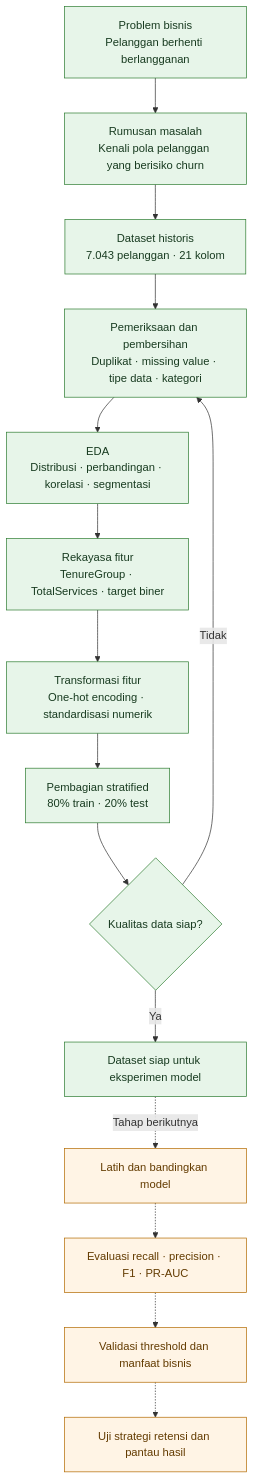
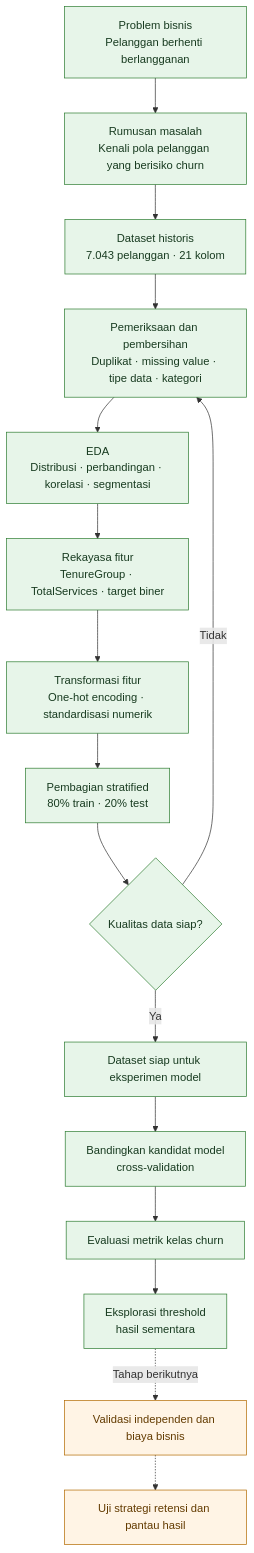
One commit to carlos1739/analisis_telco changed the first of 3 diagrams in README.md. Above: the diagram before and after it, drawn with Mermaid. The commit also changed other lines of this file, not shown here.

````diff
--- a/README.md
+++ b/README.md
@@ -133,21 +129,22 @@
 ```mermaid
 flowchart TD
     A["Problem bisnis<br/>Pelanggan berhenti berlangganan"] --> B["Rumusan masalah<br/>Kenali pola pelanggan yang berisiko churn"]
     B --> C["Dataset historis<br/>7.043 pelanggan · 21 kolom"]
     C --> D["Pemeriksaan dan pembersihan<br/>Duplikat · missing value · tipe data · kategori"]
     D --> E["EDA<br/>Distribusi · perbandingan · korelasi · segmentasi"]
     E --> F["Rekayasa fitur<br/>TenureGroup · TotalServices · target biner"]
     F --> G["Transformasi fitur<br/>One-hot encoding · standardisasi numerik"]
     G --> H["Pembagian stratified<br/>80% train · 20% test"]
     H --> I{"Kualitas data siap?"}
     I -->|"Tidak"| D
     I -->|"Ya"| J["Dataset siap untuk eksperimen model"]
-    J -. "Tahap berikutnya" .-> K["Latih dan bandingkan model"]
-    K -.-> L["Evaluasi recall · precision · F1 · PR-AUC"]
-    L -.-> M["Validasi threshold dan manfaat bisnis"]
-    M -.-> N["Uji strategi retensi dan pantau hasil"]
+    J --> K["Bandingkan kandidat model<br/>cross-validation"]
+    K --> L["Evaluasi metrik kelas churn"]
+    L --> M["Eksplorasi threshold<br/>hasil sementara"]
+    M -. "Tahap berikutnya" .-> N["Validasi independen dan biaya bisnis"]
+    N -.-> O["Uji strategi retensi dan pantau hasil"]
     classDef done fill:#e7f5e9,stroke:#2e7d32,color:#183b20
     classDef next fill:#fff4e5,stroke:#b26a00,color:#633b00
-    class A,B,C,D,E,F,G,H,I,J done
-    class K,L,M,N next
+    class A,B,C,D,E,F,G,H,I,J,K,L,M done
+    class N,O next
 ```
````
